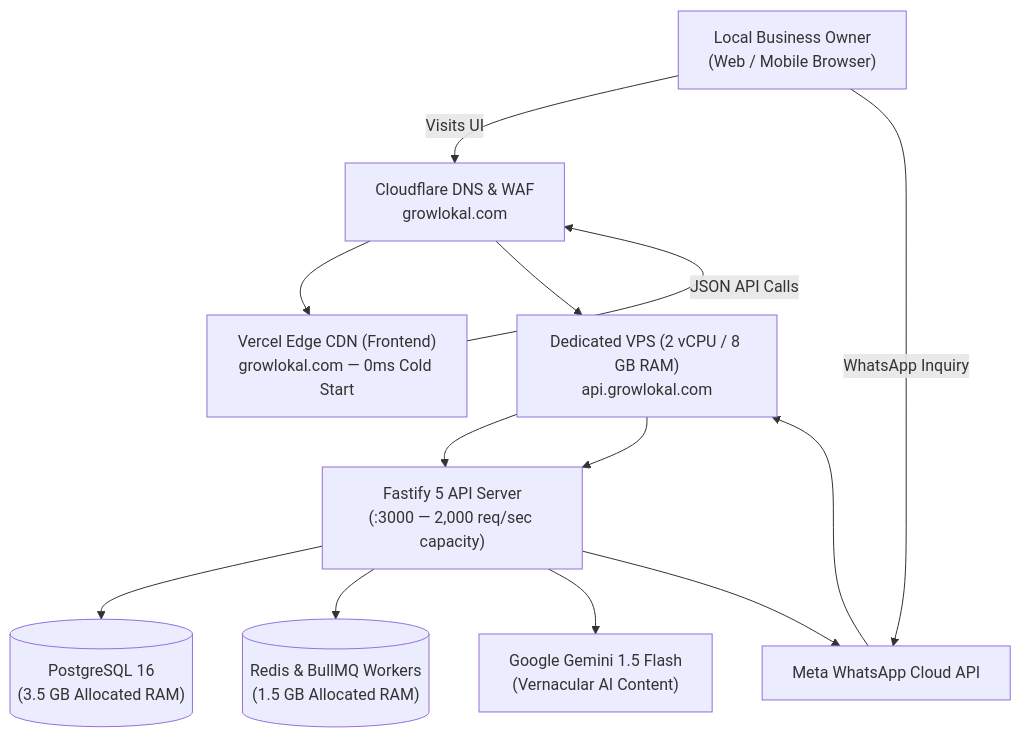
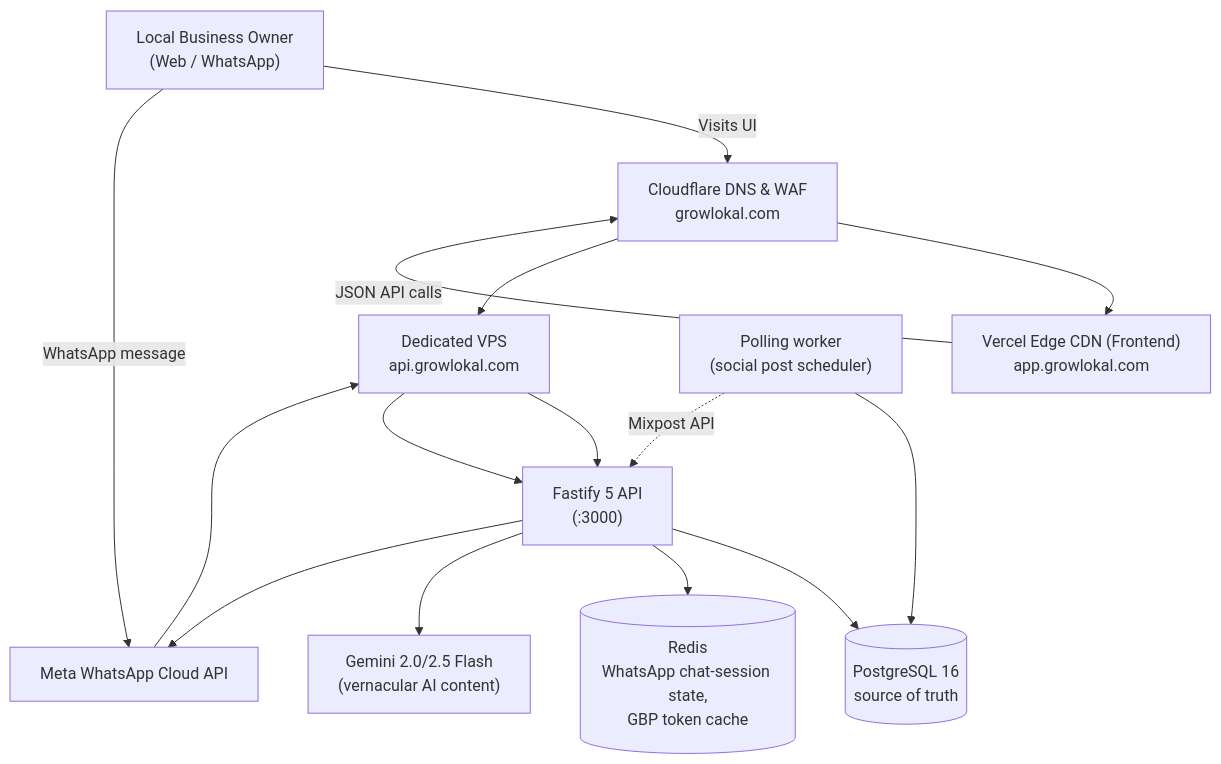
One commit to akheels-web/growlokal changed the diagram in README.md. Above: the diagram before and after it, drawn with Mermaid. The commit also changed other lines of this file, not shown here.

````diff
--- a/README.md
+++ b/README.md
@@ -73,20 +78,23 @@
 ```mermaid
 flowchart TD
-    User["Local Business Owner<br/>(Web / Mobile Browser)"]
+    User["Local Business Owner<br/>(Web / WhatsApp)"]
     CF["Cloudflare DNS & WAF<br/>growlokal.com"]
-    Vercel["Vercel Edge CDN (Frontend)<br/>growlokal.com — 0ms Cold Start"]
-    VPS["Dedicated VPS (2 vCPU / 8 GB RAM)<br/>api.growlokal.com"]
-    Fastify["Fastify 5 API Server<br/>(:3000 — 2,000 req/sec capacity)"]
-    PG[("PostgreSQL 16<br/>(3.5 GB Allocated RAM)")]
-    Redis[("Redis & BullMQ Workers<br/>(1.5 GB Allocated RAM)")]
-    Gemini["Google Gemini 1.5 Flash<br/>(Vernacular AI Content)"]
+    Vercel["Vercel Edge CDN (Frontend)<br/>app.growlokal.com"]
+    VPS["Dedicated VPS<br/>api.growlokal.com"]
+    Fastify["Fastify 5 API<br/>(:3000)"]
+    PG[("PostgreSQL 16<br/>source of truth")]
+    Redis[("Redis<br/>WhatsApp chat-session state,<br/>GBP token cache")]
+    Worker["Polling worker<br/>(social post scheduler)"]
+    Gemini["Gemini 2.0/2.5 Flash<br/>(vernacular AI content)"]
     WhatsApp["Meta WhatsApp Cloud API"]
 
     User -->|Visits UI| CF --> Vercel
-    Vercel -->|JSON API Calls| CF --> VPS --> Fastify
-    User -->|WhatsApp Inquiry| WhatsApp --> VPS --> Fastify
+    Vercel -->|JSON API calls| CF --> VPS --> Fastify
+    User -->|WhatsApp message| WhatsApp --> VPS --> Fastify
     Fastify --> PG
     Fastify --> Redis
     Fastify --> Gemini
     Fastify --> WhatsApp
+    Worker --> PG
+    Worker -.->|Mixpost API| Fastify
 ```
````
